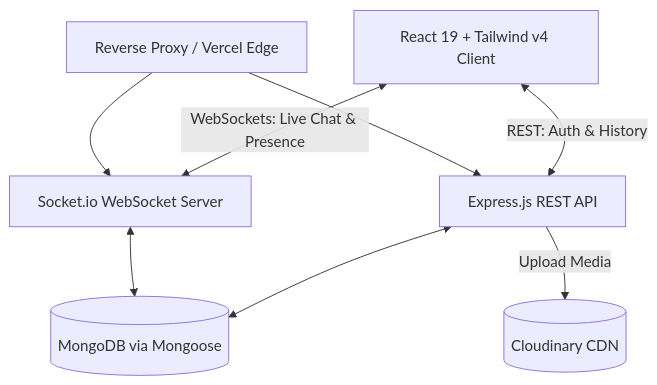
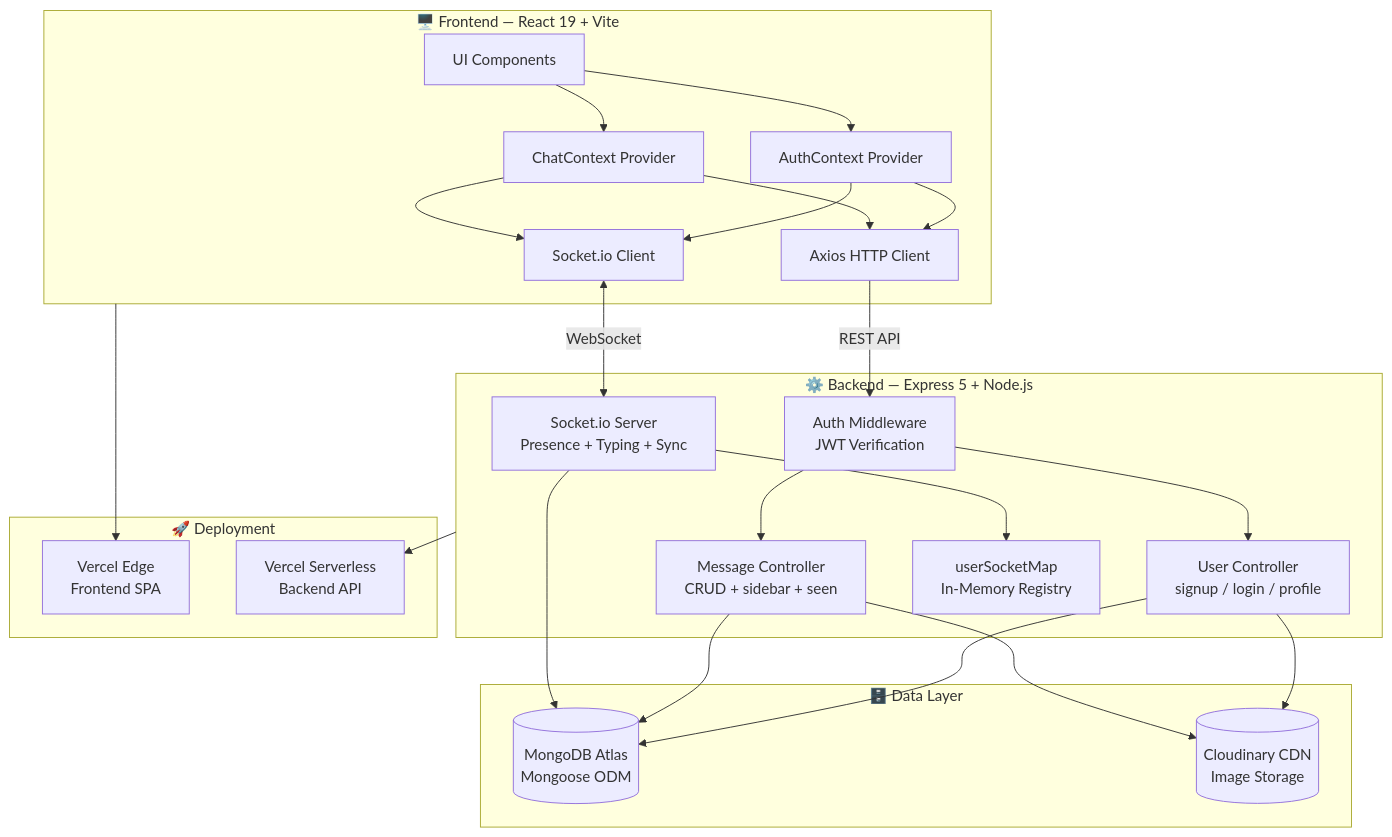
The fourth of 7 diagrams in README.md (SarthakDudhe/ChatApplication), drawn with Mermaid before and after one commit. The commit also changed other lines of this file, not shown here.

````diff
--- a/README.md
+++ b/README.md
@@ -98,17 +295,51 @@
 ```mermaid
 graph TD
-    Client[React 19 + Tailwind v4 Client]
-    LoadBalancer[Reverse Proxy / Vercel Edge]
-    API[Express.js REST API]
-    WSS[Socket.io WebSocket Server]
-    DB[(MongoDB via Mongoose)]
-    Cloudinary[(Cloudinary CDN)]
+    subgraph Client["🖥️ Frontend — React 19 + Vite"]
+        UI[UI Components]
+        AC[AuthContext Provider]
+        CC[ChatContext Provider]
+        SIO_C[Socket.io Client]
+        AX[Axios HTTP Client]
+    end
 
-    Client <-->|REST: Auth & History| API
-    Client <-->|WebSockets: Live Chat & Presence| WSS
-    LoadBalancer --> API
-    LoadBalancer --> WSS
-    API <--> DB
-    WSS <--> DB
-    API -->|Upload Media| Cloudinary
+    subgraph Server["⚙️ Backend — Express 5 + Node.js"]
+        MW[Auth Middleware<br/>JWT Verification]
+        UC[User Controller<br/>signup / login / profile]
+        MC[Message Controller<br/>CRUD + sidebar + seen]
+        SIO_S[Socket.io Server<br/>Presence + Typing + Sync]
+        USM[userSocketMap<br/>In-Memory Registry]
+    end
+
+    subgraph Data["🗄️ Data Layer"]
+        DB[(MongoDB Atlas<br/>Mongoose ODM)]
+        CDN[(Cloudinary CDN<br/>Image Storage)]
+    end
+
+    subgraph Deploy["🚀 Deployment"]
+        VF[Vercel Edge<br/>Frontend SPA]
+        VB[Vercel Serverless<br/>Backend API]
+    end
+
+    UI --> AC
+    UI --> CC
+    AC --> AX
+    AC --> SIO_C
+    CC --> AX
+    CC --> SIO_C
+
+    AX -->|REST API| MW
+    SIO_C <-->|WebSocket| SIO_S
+
+    MW --> UC
+    MW --> MC
+    SIO_S --> USM
+
+    UC --> DB
+    UC --> CDN
+    MC --> DB
+    MC --> CDN
+    SIO_S --> DB
+
+    Client --> VF
+    Server --> VB
 ```
````
